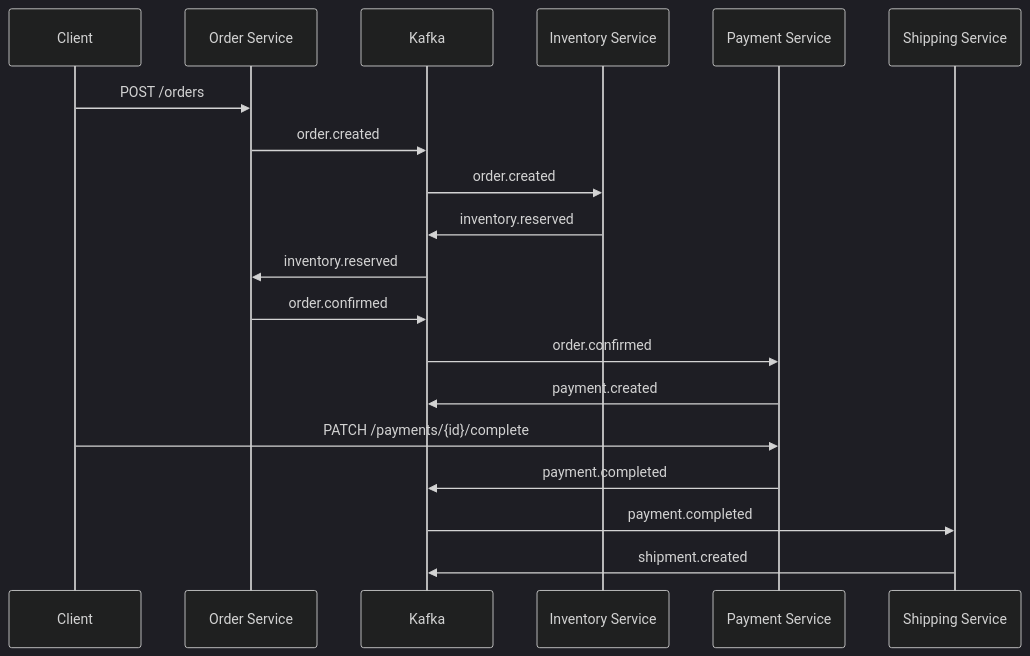
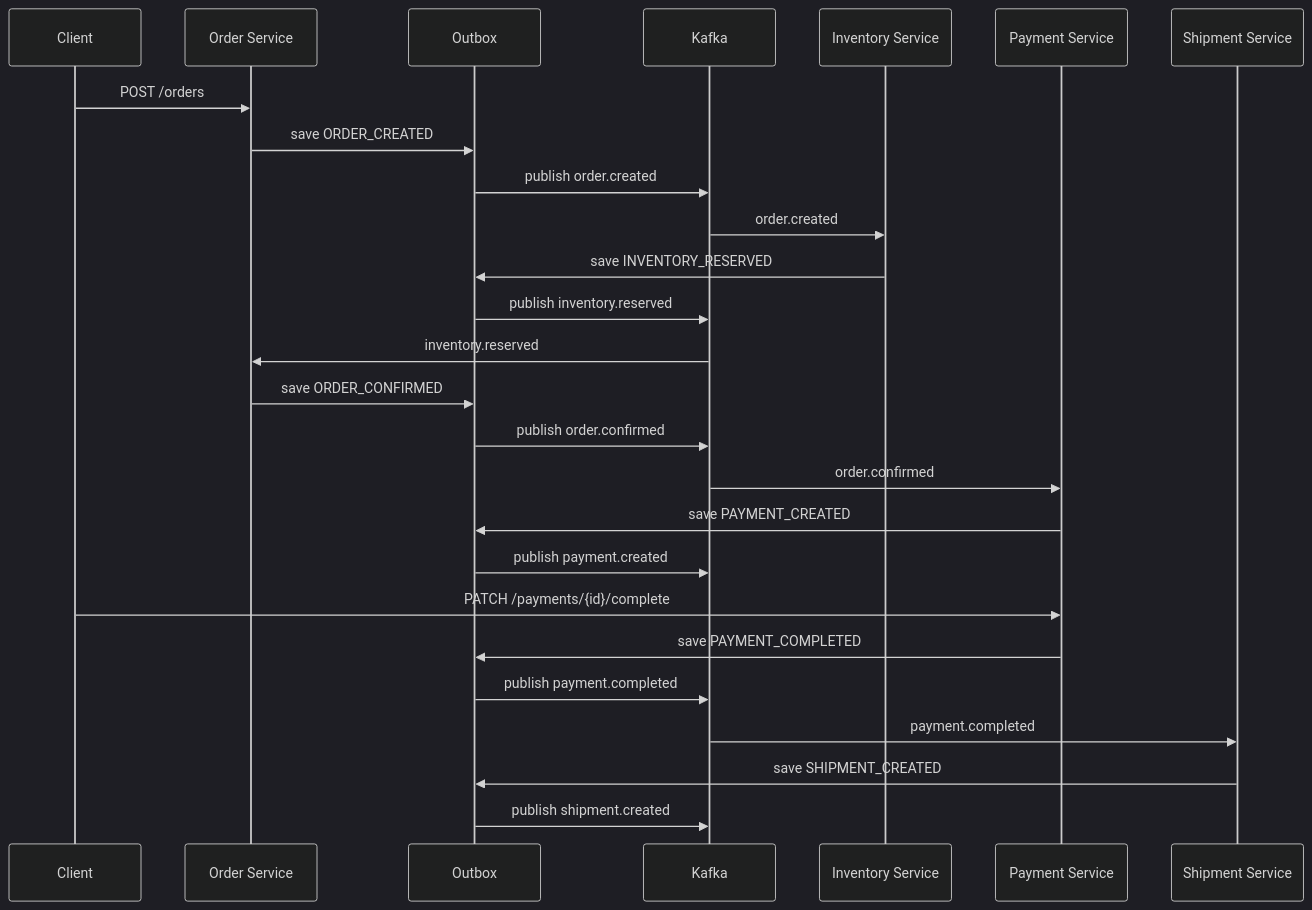
Before and after one commit to hhristov1980/reactive-orderflow-system: the second of 3 diagrams in Readme.md, drawn with Mermaid (dark theme). The commit also changed other lines of this file, not shown here.

````diff
--- a/Readme.md
+++ b/Readme.md
@@ -204,22 +240,29 @@
 ```mermaid
 sequenceDiagram
     participant C as Client
     participant O as Order Service
+    participant OB as Outbox
     participant K as Kafka
     participant I as Inventory Service
     participant P as Payment Service
-    participant S as Shipping Service
+    participant S as Shipment Service
 
     C->>O: POST /orders
-    O->>K: order.created
+    O->>OB: save ORDER_CREATED
+    OB->>K: publish order.created
     K->>I: order.created
-    I->>K: inventory.reserved
+    I->>OB: save INVENTORY_RESERVED
+    OB->>K: publish inventory.reserved
     K->>O: inventory.reserved
-    O->>K: order.confirmed
+    O->>OB: save ORDER_CONFIRMED
+    OB->>K: publish order.confirmed
     K->>P: order.confirmed
-    P->>K: payment.created
+    P->>OB: save PAYMENT_CREATED
+    OB->>K: publish payment.created
     C->>P: PATCH /payments/{id}/complete
-    P->>K: payment.completed
+    P->>OB: save PAYMENT_COMPLETED
+    OB->>K: publish payment.completed
     K->>S: payment.completed
-    S->>K: shipment.created
+    S->>OB: save SHIPMENT_CREATED
+    OB->>K: publish shipment.created
 ```
````
